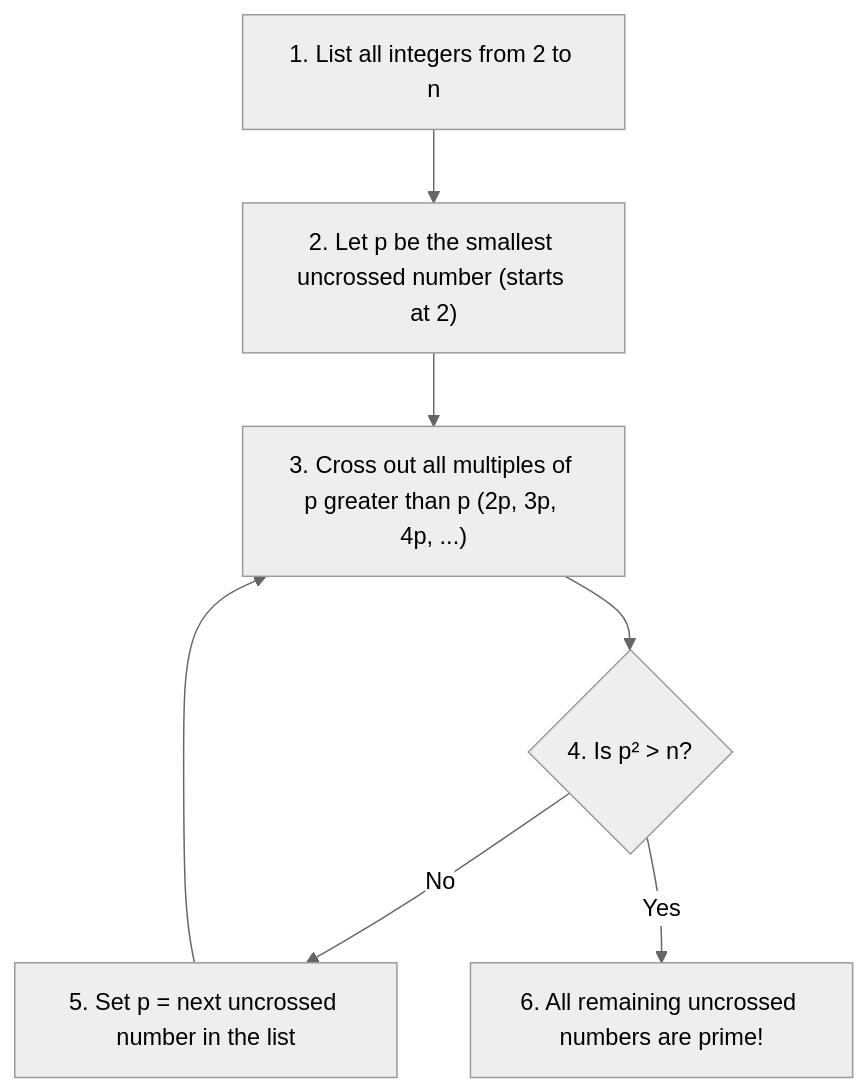
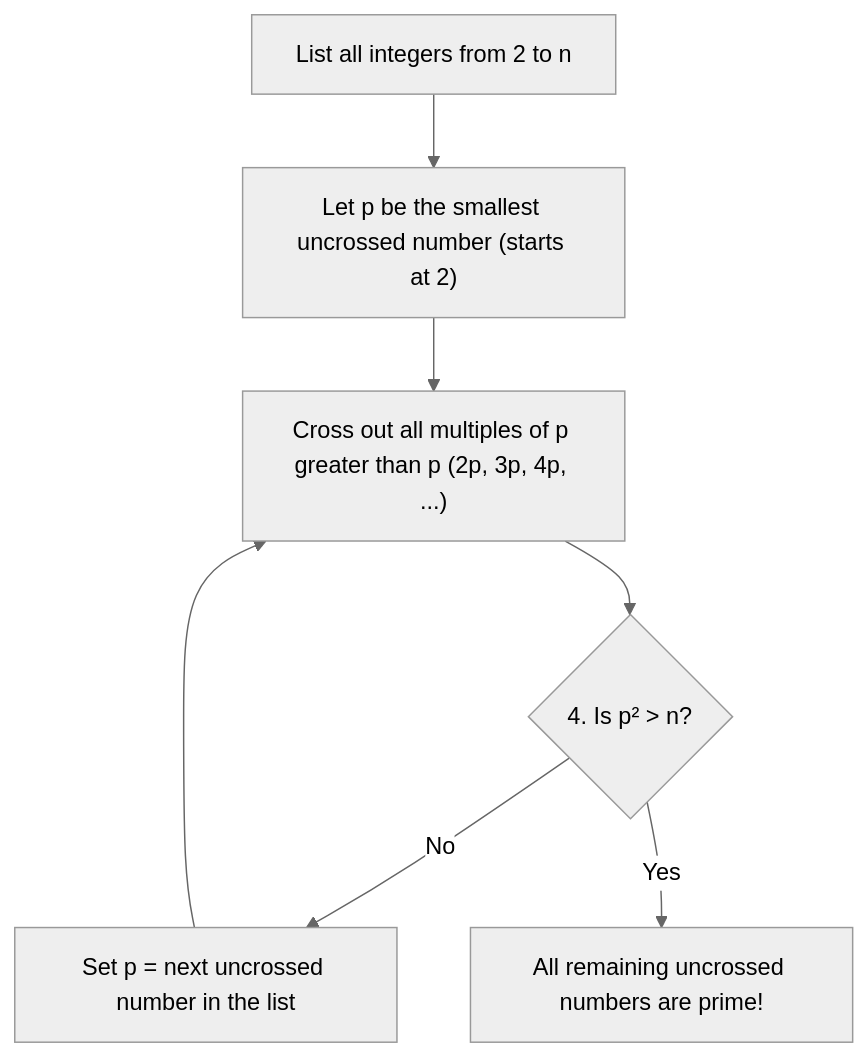
One commit to aidocmr/learn-bscs changed the diagram in content/Year 1/Number Theory/6. Prime Numbers and the Fundamental Theorem of Arithmetic.md. Above: the diagram before and after it, drawn with Mermaid (neutral theme). The commit also changed 20 other files, not shown here.

First line of the commit message:
fix: Remove markdown lists and numbered prefixes from all Mermaid diagrams

````diff
--- a/content/Year 1/Number Theory/6. Prime Numbers and the Fundamental Theorem of Arithmetic.md
+++ b/content/Year 1/Number Theory/6. Prime Numbers and the Fundamental Theorem of Arithmetic.md
@@ -72,8 +72,8 @@
 ```mermaid
 flowchart TD
-    Init["1. List all integers from 2 to n"] --> Select["2. Let p be the smallest uncrossed number (starts at 2)"]
-    Select --> Cross["3. Cross out all multiples of p greater than p (2p, 3p, 4p, ...)"]
+    Init["List all integers from 2 to n"] --> Select["Let p be the smallest uncrossed number (starts at 2)"]
+    Select --> Cross["Cross out all multiples of p greater than p (2p, 3p, 4p, ...)"]
     Cross --> Check{"4. Is p² > n?"}
-    Check -- No --> Next["5. Set p = next uncrossed number in the list"] --> Cross
-    Check -- Yes --> Done["6. All remaining uncrossed numbers are prime!"]
+    Check -- No --> Next["Set p = next uncrossed number in the list"] --> Cross
+    Check -- Yes --> Done["All remaining uncrossed numbers are prime!"]
 ```
````
